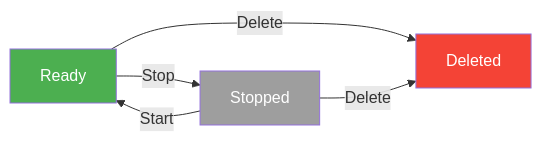
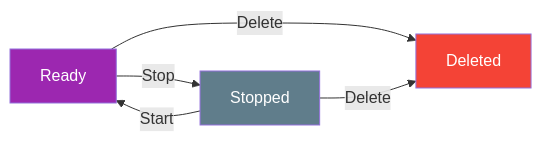
One commit to Dadalia1917/Yolo-RT-DETR-TrainCode changed the second of 2 diagrams in docs/en/platform/deploy/endpoints.md. Above: the diagram before and after it, drawn with Mermaid. The commit also changed other lines of this file and 767 other files, not shown here.

````diff
--- a/docs/en/platform/deploy/endpoints.md
+++ b/docs/en/platform/deploy/endpoints.md
@@ -228,11 +237,11 @@
 ```mermaid
 graph LR
-    R[Ready] -->|Stop| S[Stopped]
+    R[Ready]:::out -->|Stop| S[Stopped]:::extern
     S -->|Start| R
-    R -->|Delete| D[Deleted]
+    R -->|Delete| D[Deleted]:::error
     S -->|Delete| D
 
-    style R fill:#4CAF50,color:#fff
-    style S fill:#9E9E9E,color:#fff
-    style D fill:#F44336,color:#fff
+    classDef out fill:#9C27B0,color:#fff
+    classDef error fill:#F44336,color:#fff
+    classDef extern fill:#607D8B,color:#fff
 ```
````
